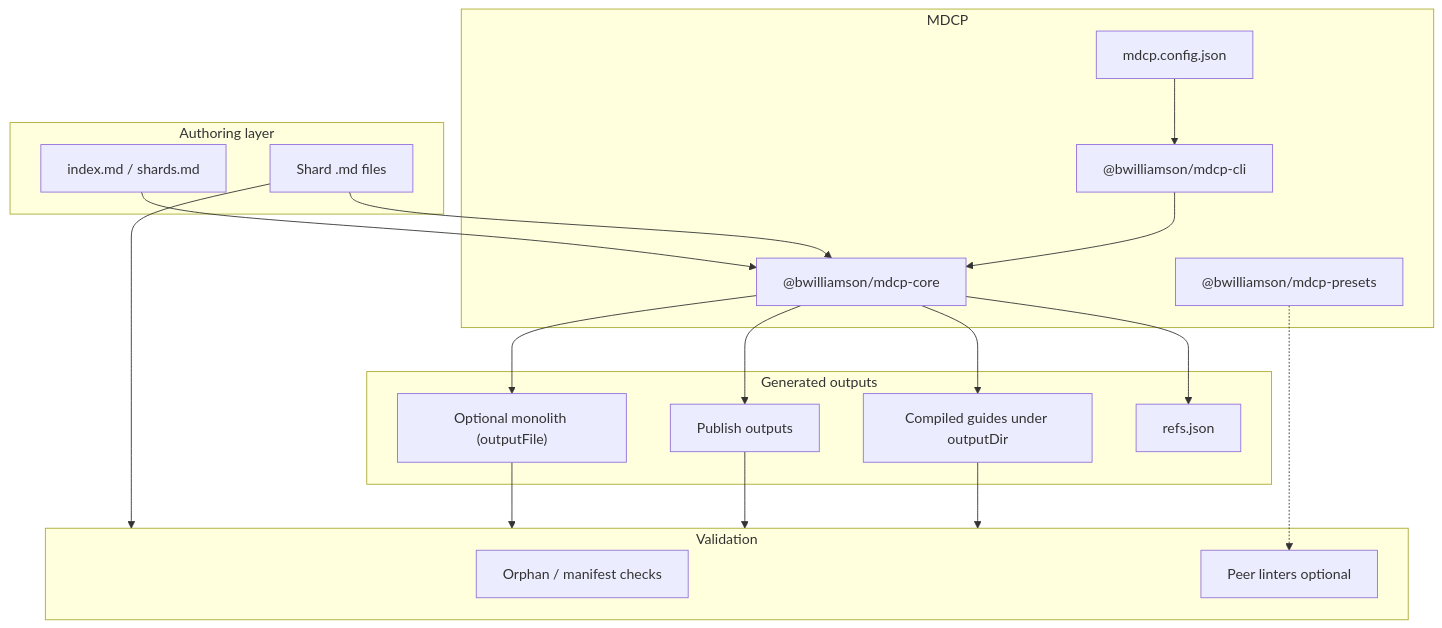
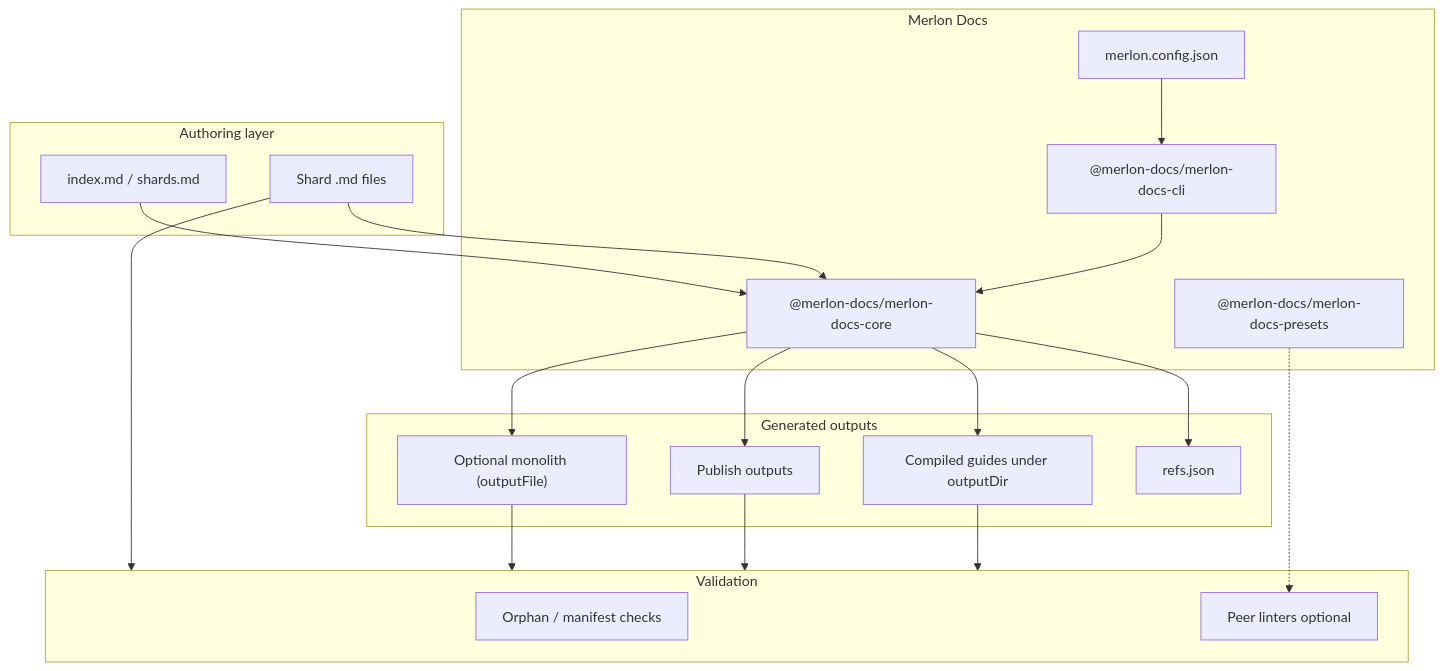
Before and after one commit to Merlon-Docs/merlon: the diagram in docs/features/overview.md, drawn with Mermaid. The commit also changed other lines of this file and 986 other files, not shown here.

````diff
--- a/docs/features/overview.md
+++ b/docs/features/overview.md
@@ -35,40 +35,40 @@
 ```mermaid
 flowchart TB
   subgraph author["Authoring layer"]
     shards["Shard .md files"]
     index["index.md / shards.md"]
   end
 
-  subgraph mdcp["MDCP"]
-    cli["@bwilliamson/mdcp-cli"]
-    core["@bwilliamson/mdcp-core"]
-    presets["@bwilliamson/mdcp-presets"]
-    config["mdcp.config.json"]
+  subgraph merlon["Merlon Docs"]
+    cli["@merlon-docs/merlon-docs-cli"]
+    core["@merlon-docs/merlon-docs-core"]
+    presets["@merlon-docs/merlon-docs-presets"]
+    config["merlon.config.json"]
   end
 
   subgraph outputs["Generated outputs"]
     compiled["Compiled guides under outputDir"]
     publish["Publish outputs"]
     monolith["Optional monolith (outputFile)"]
     refs["refs.json"]
   end
 
   subgraph validate["Validation"]
     orphans["Orphan / manifest checks"]
     peers["Peer linters optional"]
   end
 
   config --> cli
   cli --> core
   presets -.-> peers
   shards --> core
   index --> core
   core --> compiled
   core --> publish
   core --> monolith
   core --> refs
   compiled --> validate
   publish --> validate
   monolith --> validate
   shards --> validate
 ```
````
